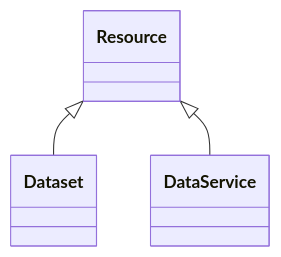
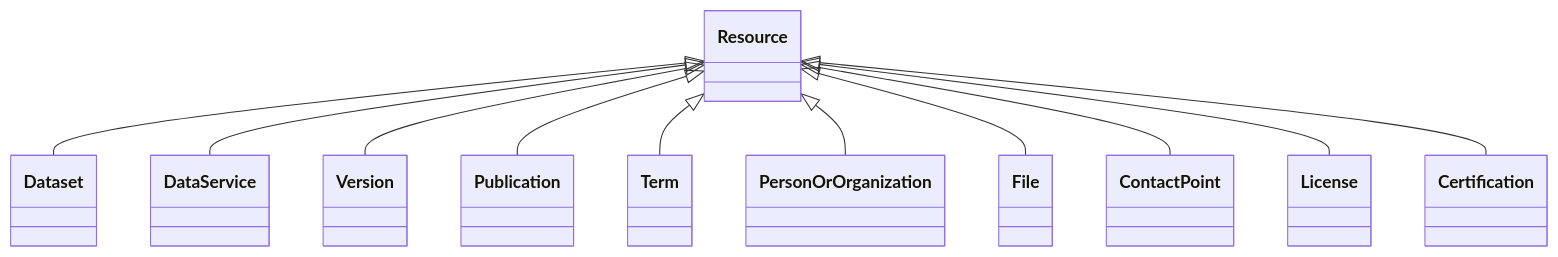
Before and after one commit to EVORA-project/evora-ontology: the diagram in models/docs/Resource.md, drawn with Mermaid. The commit also changed other lines of this file and 208 other files, not shown here.

````diff
--- a/models/docs/Resource.md
+++ b/models/docs/Resource.md
@@ -19,11 +21,27 @@
 ```mermaid
  classDiagram
     class Resource
     click Resource href "../Resource"
       Resource <|-- Dataset
         click Dataset href "../Dataset"
       Resource <|-- DataService
         click DataService href "../DataService"
+      Resource <|-- Version
+        click Version href "../Version"
+      Resource <|-- Publication
+        click Publication href "../Publication"
+      Resource <|-- Term
+        click Term href "../Term"
+      Resource <|-- PersonOrOrganization
+        click PersonOrOrganization href "../PersonOrOrganization"
+      Resource <|-- File
+        click File href "../File"
+      Resource <|-- ContactPoint
+        click ContactPoint href "../ContactPoint"
+      Resource <|-- License
+        click License href "../License"
+      Resource <|-- Certification
+        click Certification href "../Certification"
       
       
 ```
````
